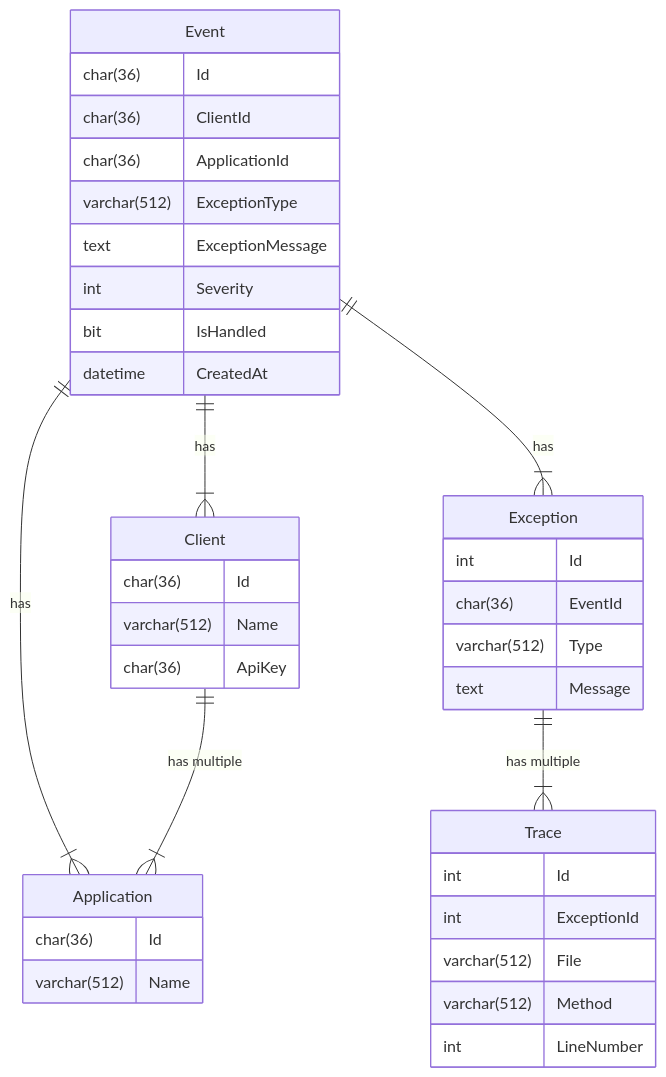
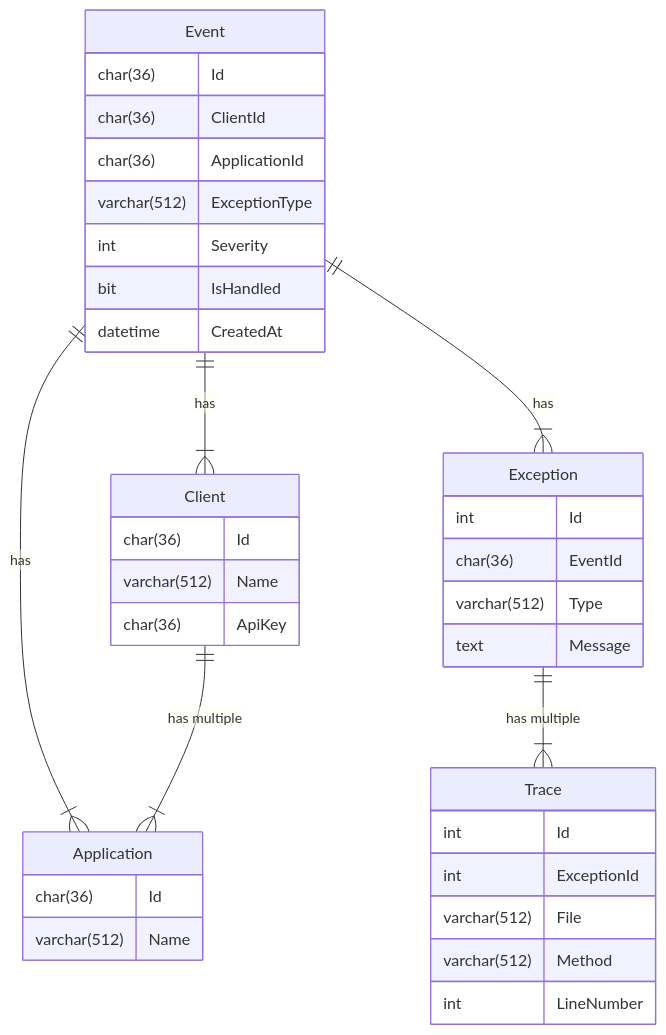
Before and after one commit to kwtc/error-monitoring: the diagram in README.md, drawn with Mermaid. The commit also changed 32 other files, not shown here.

````diff
--- a/README.md
+++ b/README.md
@@ -33,40 +33,39 @@
 ```mermaid
 erDiagram
 Application {
     char(36) Id
     varchar(512) Name
 }
 Client {
     char(36) Id
     varchar(512) Name
     char(36) ApiKey
 }
 Event {
     char(36) Id
     char(36) ClientId
     char(36) ApplicationId
     varchar(512) ExceptionType
-    text ExceptionMessage
     int Severity
     bit IsHandled
     datetime CreatedAt
 }
 Exception {
     int Id
     char(36) EventId
     varchar(512) Type
     text Message
 }
 Trace {
     int Id
     int ExceptionId
     varchar(512) File
     varchar(512) Method
     int LineNumber
 }
 Event ||--|{ Client : "has"
 Event ||--|{ Application : "has"
 Event ||--|{ Exception : "has"
 Exception ||--|{ Trace : "has multiple"
 Client ||--|{ Application : "has multiple"
 ```
````
